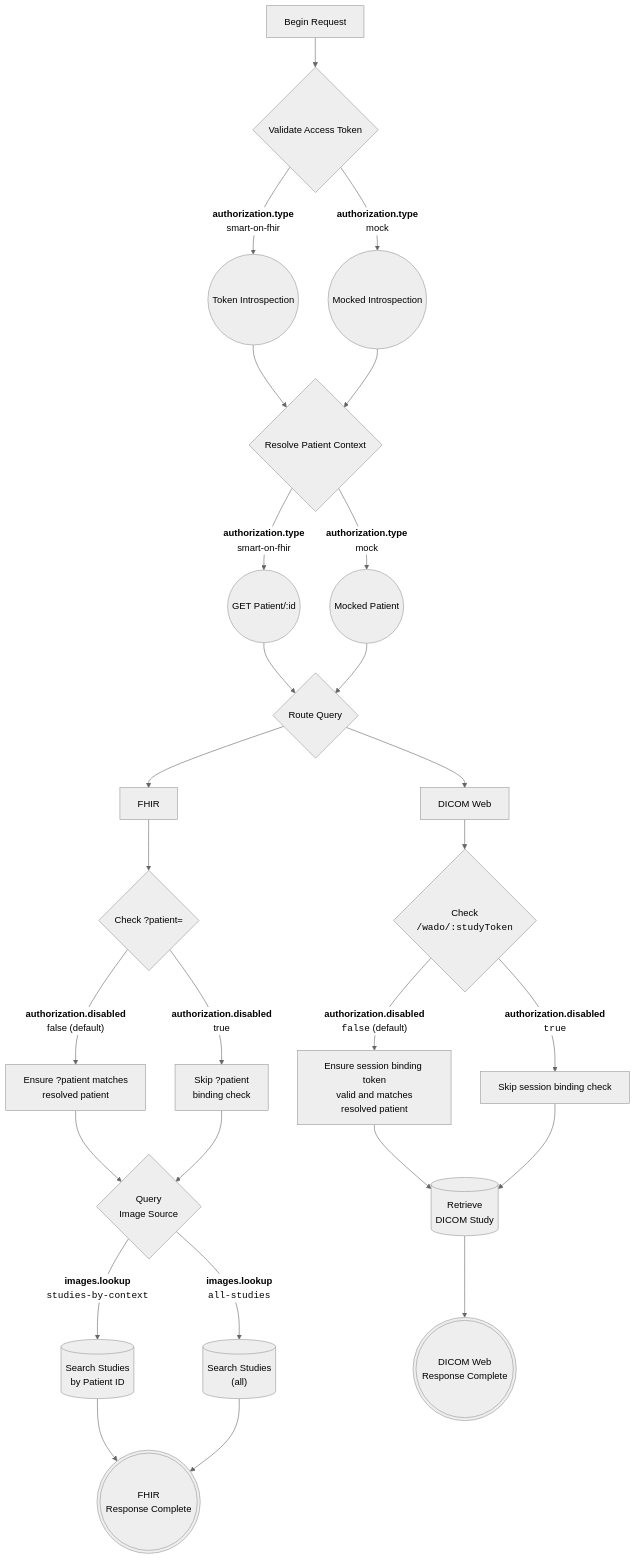
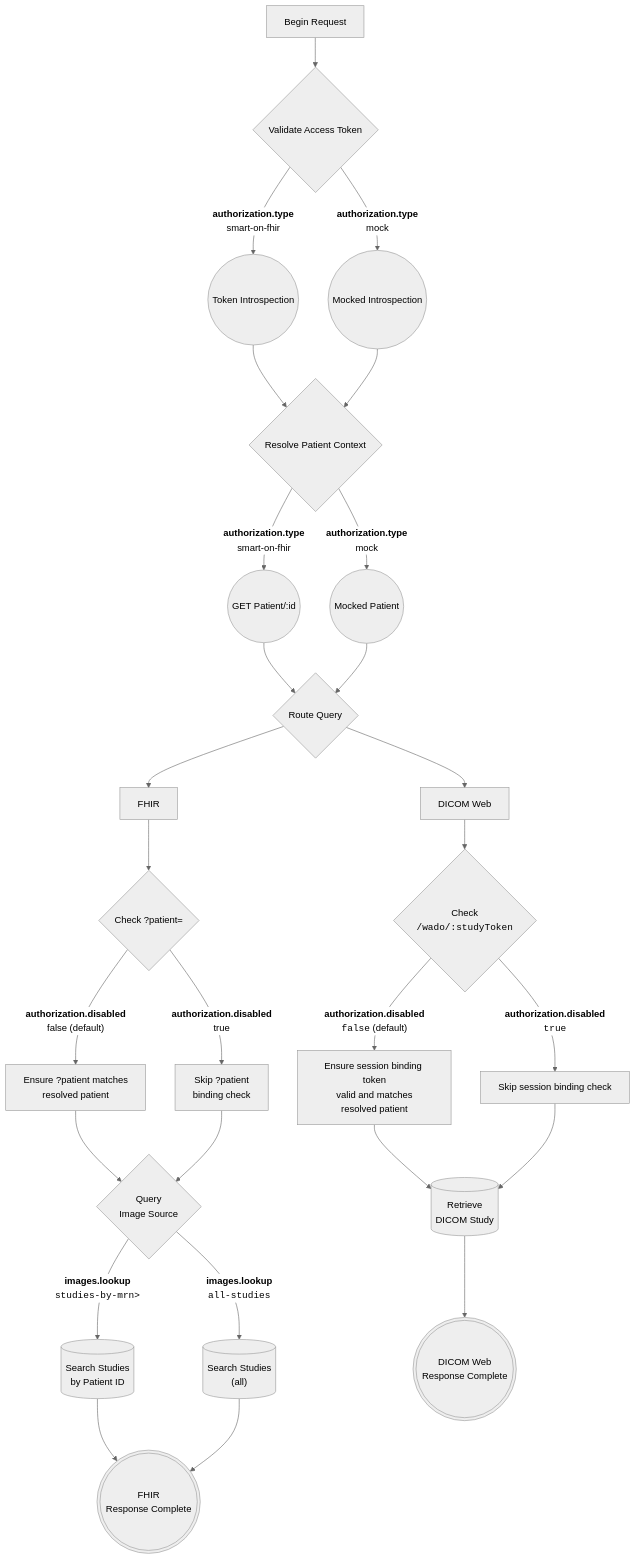
One commit to jmandel/smart-imaging changed the second of 2 diagrams in README.md. Above: the diagram before and after it, drawn with Mermaid (neutral theme).

Commit message:
Fix .lookup config name

````diff
--- a/README.md
+++ b/README.md
@@ -114,35 +114,35 @@
 ```mermaid
 flowchart TB
     A[Begin Request] --> AccessTokenValidation{Validate Access Token}
     AccessTokenValidation -->|<b>authorization.type</b><br>smart-on-fhir| TokenIntrospection((Token Introspection))
     AccessTokenValidation -->|<b>authorization.type</b><br>mock| MockIntrospection((Mocked Introspection))
     TokenIntrospection --> ResolvePatientContext{Resolve Patient Context}
     MockIntrospection --> ResolvePatientContext
     ResolvePatientContext -->|<b>authorization.type</b><br>smart-on-fhir| GetPatient((GET Patient/:id))
     ResolvePatientContext -->|<b>authorization.type</b><br>mock| MockResolver((Mocked Patient))
 
     GetPatient --> RouteQuery{Route Query}
     MockResolver --> RouteQuery
 
     RouteQuery --> FHIRQuery[FHIR]
     RouteQuery --> DICOMQuery[DICOM Web]
 
     FHIRQuery --> CheckFHIRPatientBinding{Check ?patient=}
     CheckFHIRPatientBinding -->|"<b>authorization.disabled</b><br>false (default)"| EnsurePatientProperty[Ensure ?patient matches<br>resolved patient]
     CheckFHIRPatientBinding -->|<b>authorization.disabled</b><br>true| SkipPatientBindingCheck[Skip ?patient<br>binding check]
     EnsurePatientProperty --> RespondToFHIRQueries{Query<br>Image Source}
     SkipPatientBindingCheck --> RespondToFHIRQueries
-    RespondToFHIRQueries -->|"<b>images.lookup</b><br><code>studies-by-context</code>"| PatientBinding[(Search Studies<br>by Patient ID)]
+    RespondToFHIRQueries -->|"<b>images.lookup</b><br><code>studies-by-mrn>"| PatientBinding[(Search Studies<br>by Patient ID)]
     RespondToFHIRQueries -->|"<b>images.lookup</b><br><code>all-studies</code>"| AllStudiesOnServer[("Search Studies<br>(all)")]
 
     PatientBinding --> FHIRResponseComplete(((FHIR<br>Response Complete)))
     AllStudiesOnServer --> FHIRResponseComplete
 
     DICOMQuery --> CheckDICOMSessionBinding{Check<br><code>/wado/:studyToken</code>}
     CheckDICOMSessionBinding -->|"<b>authorization.disabled</b><br><code>false</code> (default)"|CheckSessionBindingToken[Ensure session binding token<br>valid and matches<br>resolved patient]
     CheckDICOMSessionBinding -->|"<b>authorization.disabled</b><br><code>true</code>"| SkipSessionBindingCheck[Skip session binding check]
     CheckSessionBindingToken --> DICOMWebResponseGeneration[(Retrieve<br>DICOM Study)]
     SkipSessionBindingCheck --> DICOMWebResponseGeneration
     DICOMWebResponseGeneration --> DICOMWebResponseComplete(((DICOM Web<br>Response Complete)))
 
 ```
````
